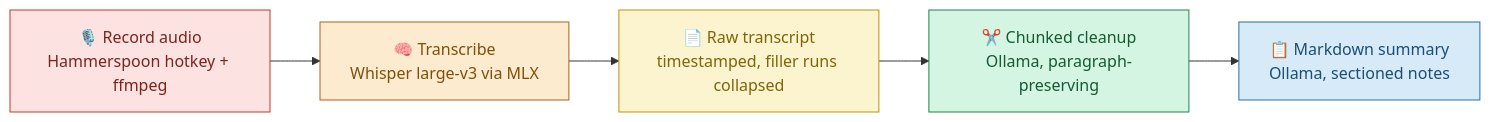
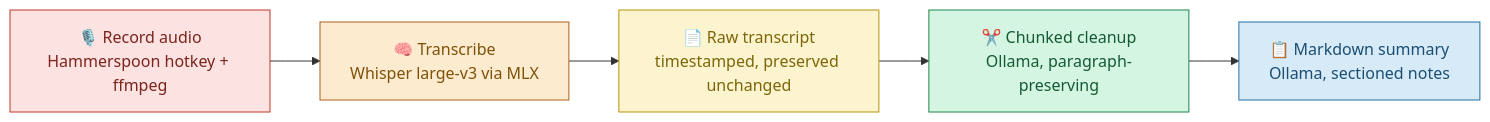
Before and after one commit to EZQQQQ/voicenotes-local: the diagram in README.md, drawn with Mermaid.

Commit message:
Clarify that the raw transcript is preserved unchanged

````diff
--- a/README.md
+++ b/README.md
@@ -7,19 +7,19 @@
 ```mermaid
 flowchart LR
     A["🎙️ Record audio<br/>Hammerspoon hotkey + ffmpeg"] --> B["🧠 Transcribe<br/>Whisper large-v3 via MLX"]
-    B --> C["📄 Raw transcript<br/>timestamped, filler runs collapsed"]
+    B --> C["📄 Raw transcript<br/>timestamped, preserved unchanged"]
     C --> D["✂️ Chunked cleanup<br/>Ollama, paragraph-preserving"]
     D --> E["📋 Markdown summary<br/>Ollama, sectioned notes"]
 
     classDef record fill:#fde2e2,stroke:#c0392b,color:#7b241c
     classDef transcribe fill:#fdebd0,stroke:#af601a,color:#7e5109
     classDef raw fill:#fcf3cf,stroke:#b7950b,color:#7d6608
     classDef cleanup fill:#d5f5e3,stroke:#1e8449,color:#145a32
     classDef summary fill:#d6eaf8,stroke:#2471a3,color:#1b4f72
 
     class A record
     class B transcribe
     class C raw
     class D cleanup
     class E summary
 ```
````
